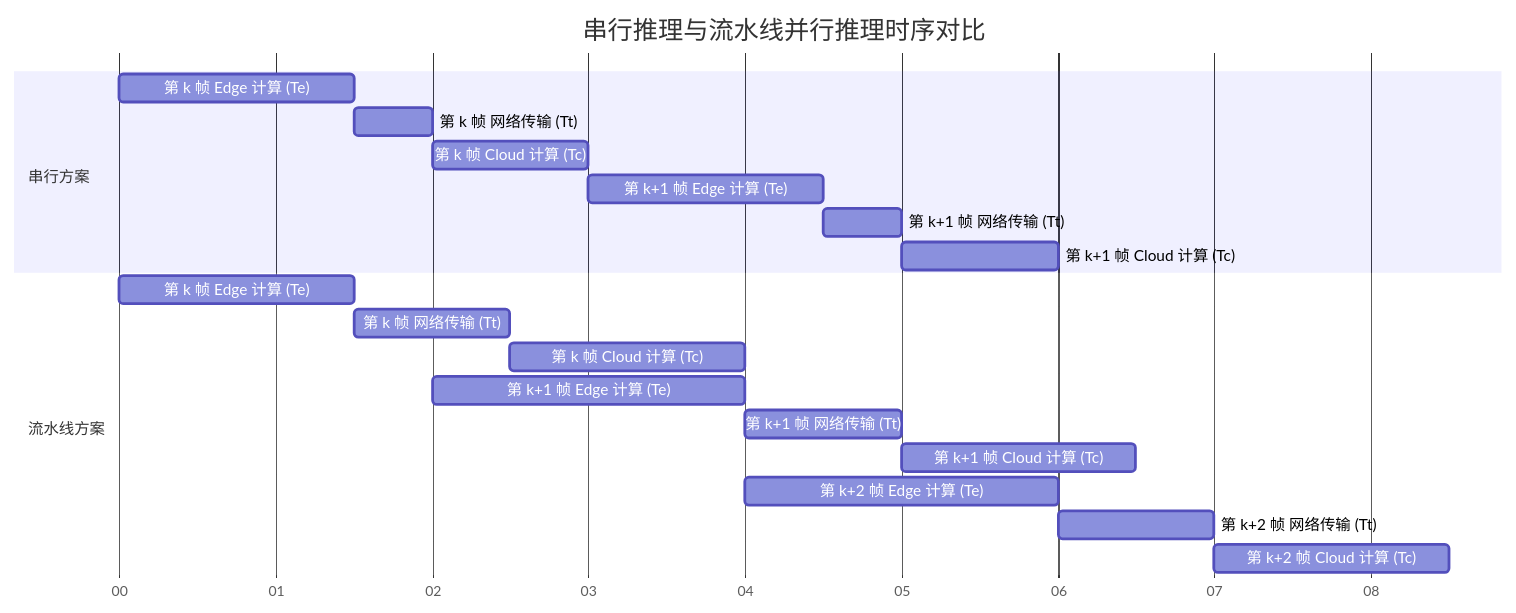
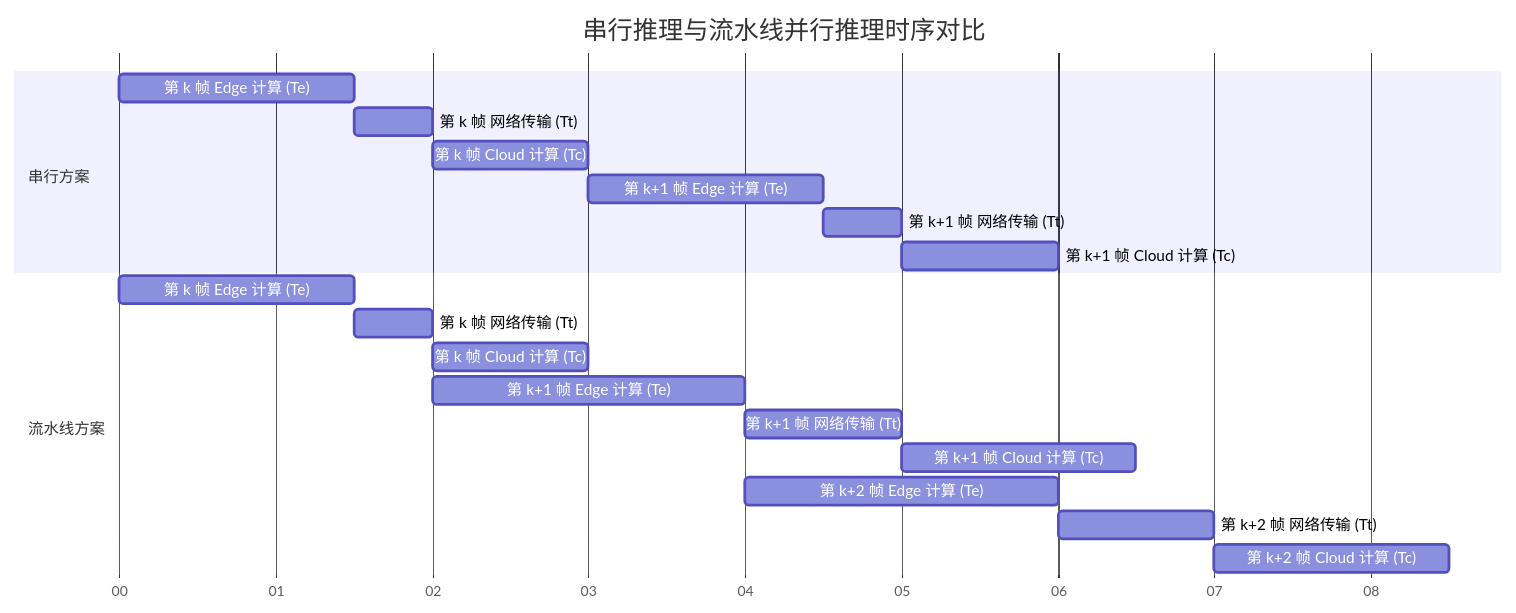
One commit to intmain-yy/iodraw-files changed the diagram in all/未命名-1.md. Above: the diagram before and after it, drawn with Mermaid.

Commit message:
2026-02-28 13:47:32 update

````diff
--- a/all/未命名-1.md
+++ b/all/未命名-1.md
@@ -1,27 +1,27 @@
 ```mermaid
 gantt
     title 串行推理与流水线并行推理时序对比
     dateFormat  s
     axisFormat  %S
     
     section 串行方案
     第 k 帧 Edge 计算 (Te)       :a1, 0, 1.5s
     第 k 帧 网络传输 (Tt)       :a2, after a1, 0.5s
     第 k 帧 Cloud 计算 (Tc)      :a3, after a2, 1s
     第 k+1 帧 Edge 计算 (Te)     :a4, after a3, 1.5s
     第 k+1 帧 网络传输 (Tt)     :a5, after a4, 0.5s
     第 k+1 帧 Cloud 计算 (Tc)    :a6, after a5, 1s
     
     section 流水线方案
     第 k 帧 Edge 计算 (Te)       :b1, 0, 1.5s
-    第 k 帧 网络传输 (Tt)       :b2, after b1, 1s
-    第 k 帧 Cloud 计算 (Tc)      :b3, after b2, 1.5s
+    第 k 帧 网络传输 (Tt)       :b2, after b1, 0.5s
+    第 k 帧 Cloud 计算 (Tc)      :b3, after b2, 1s
     
     第 k+1 帧 Edge 计算 (Te)     :c1, 2, 2s
     第 k+1 帧 网络传输 (Tt)     :c2, after c1, 1s
     第 k+1 帧 Cloud 计算 (Tc)    :c3, after c2, 1.5s
     
     第 k+2 帧 Edge 计算 (Te)     :d1, 4, 2s
     第 k+2 帧 网络传输 (Tt)     :d2, after d1, 1s
     第 k+2 帧 Cloud 计算 (Tc)    :d3, after d2, 1.5s
 ```
````
